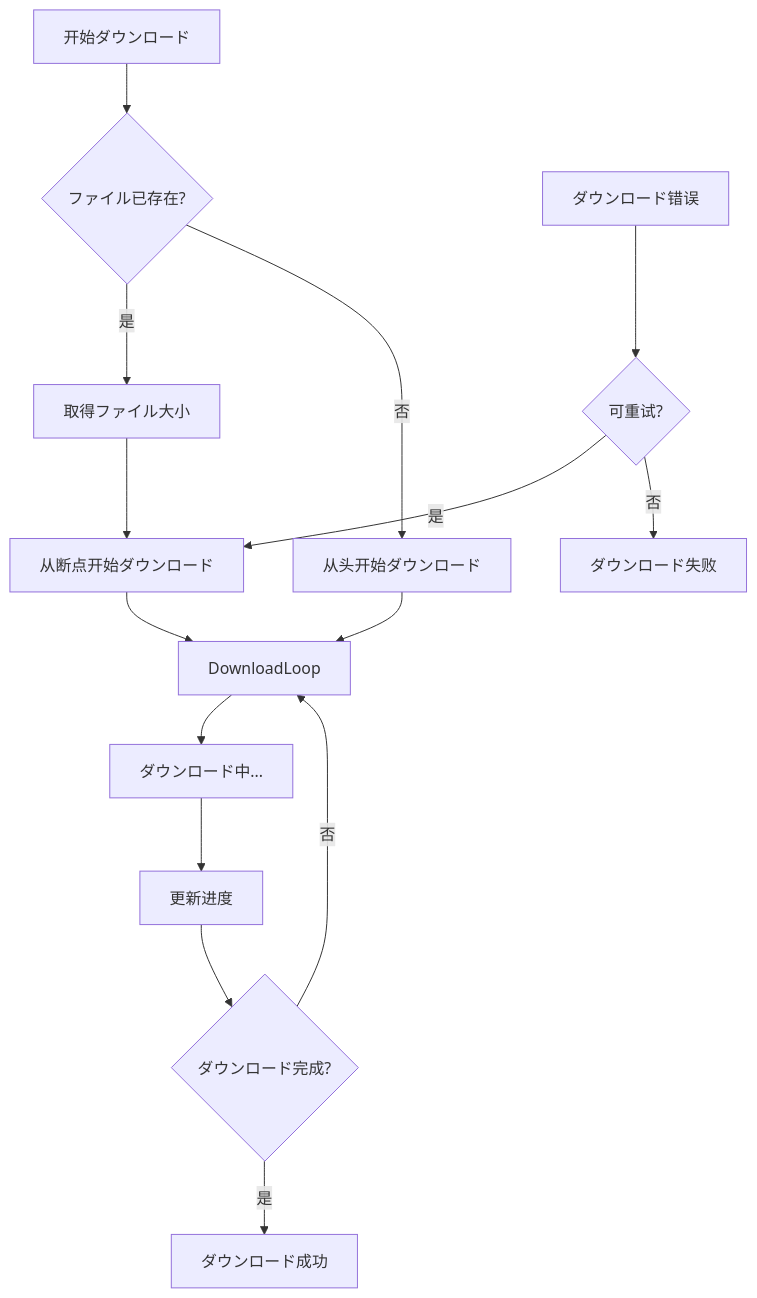
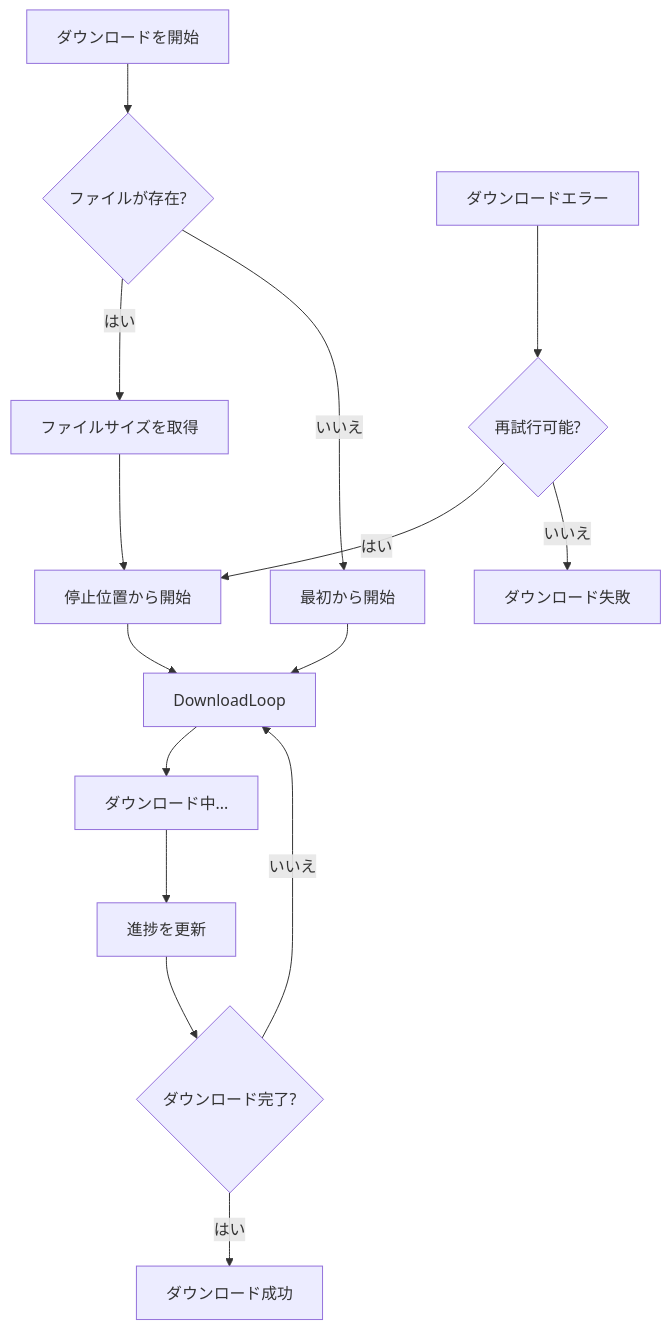
The fourth of 4 diagrams in docs/ja/client/unity/component/download/08.download-component.md (AlianBlank/GameFrameX.Docs), drawn with Mermaid before and after one commit. The commit also changed other lines of this file and 320 other files, not shown here.

````diff
--- a/docs/ja/client/unity/component/download/08.download-component.md
+++ b/docs/ja/client/unity/component/download/08.download-component.md
@@ -270,23 +270,23 @@
 ```mermaid
 flowchart TD
-    Start[开始ダウンロード] --> Check{ファイル已存在?}
+    Start[ダウンロードを開始] --> Check{ファイルが存在?}
     
-    Check -->|是| GetSize[取得ファイル大小]
-    GetSize --> Resume[从断点开始ダウンロード]
+    Check -->|はい| GetSize[ファイルサイズを取得]
+    GetSize --> Resume[停止位置から開始]
     
-    Check -->|否| Full[从头开始ダウンロード]
+    Check -->|いいえ| Full[最初から開始]
     
     Resume --> DownloadLoop
     Full --> DownloadLoop
     
     DownloadLoop --> Progress[ダウンロード中...]
-    Progress --> Update[更新进度]
-    Update --> Complete{ダウンロード完成?}
+    Progress --> Update[進捗を更新]
+    Update --> Complete{ダウンロード完了?}
     
-    Complete -->|否| DownloadLoop
-    Complete -->|是| Success[ダウンロード成功]
+    Complete -->|いいえ| DownloadLoop
+    Complete -->|はい| Success[ダウンロード成功]
     
-    Error[ダウンロード错误] --> Retry{可重试?}
-    Retry -->|是| Resume
-    Retry -->|否| Fail[ダウンロード失败]
+    Error[ダウンロードエラー] --> Retry{再試行可能?}
+    Retry -->|はい| Resume
+    Retry -->|いいえ| Fail[ダウンロード失敗]
 ```
````
